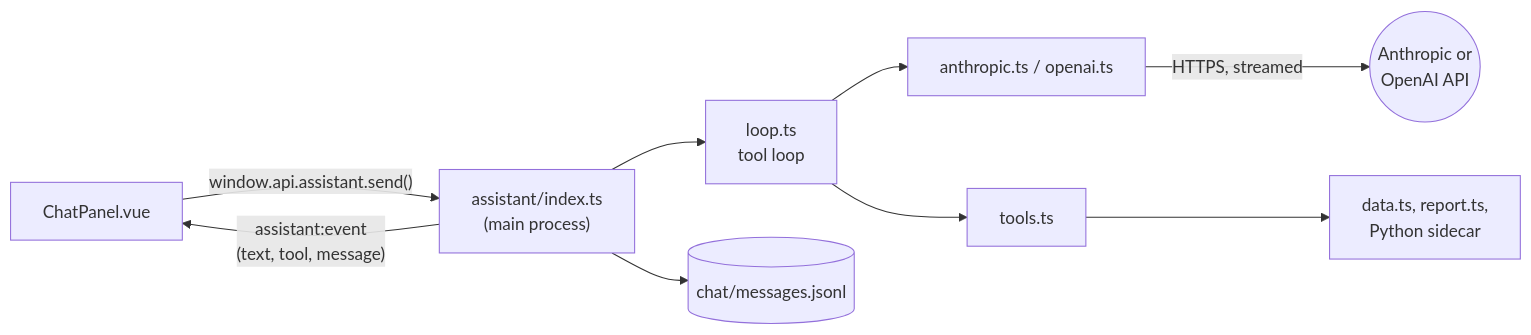
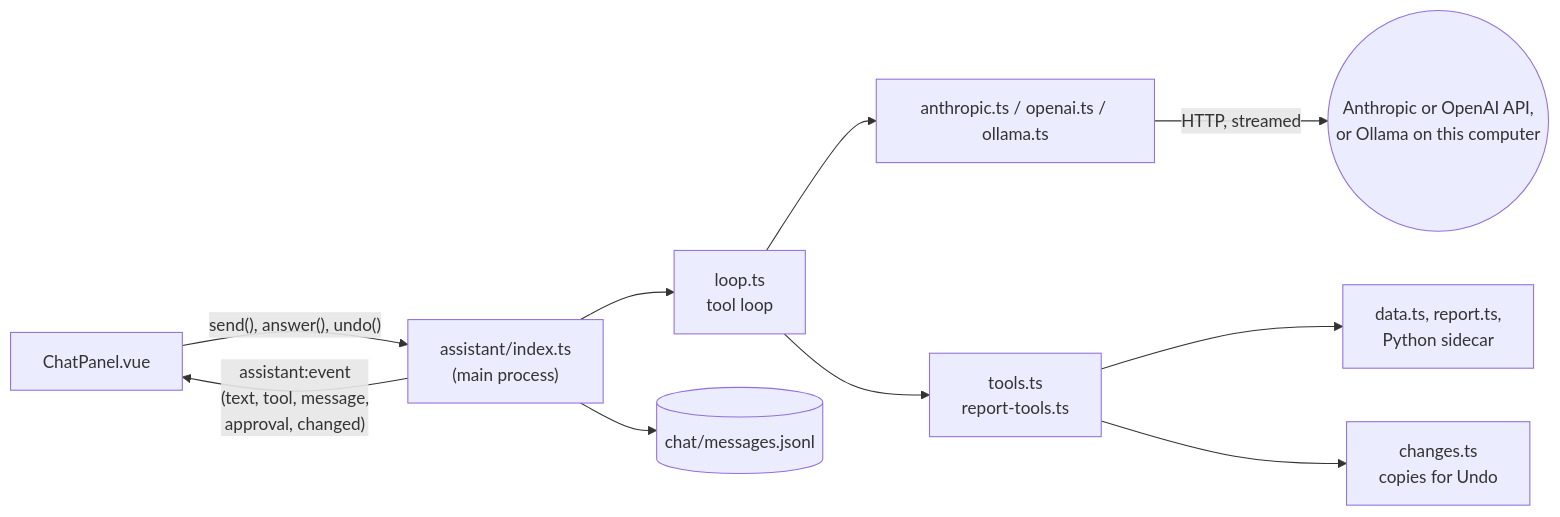
Before and after one commit to Elliot11/pawpawbi: the diagram in docs/assistant.md, drawn with Mermaid. The commit also changed other lines of this file and 32 other files, not shown here.

````diff
--- a/docs/assistant.md
+++ b/docs/assistant.md
@@ -9,11 +9,12 @@
 ```mermaid
 flowchart LR
-  C["ChatPanel.vue"] -- "window.api.assistant.send()" --> I["assistant/index.ts<br/>(main process)"]
-  I -- "assistant:event<br/>(text, tool, message)" --> C
+  C["ChatPanel.vue"] -- "send(), answer(), undo()" --> I["assistant/index.ts<br/>(main process)"]
+  I -- "assistant:event<br/>(text, tool, message,<br/>approval, changed)" --> C
   I --> L["loop.ts<br/>tool loop"]
-  L --> P["anthropic.ts / openai.ts"]
-  P -- "HTTPS, streamed" --> API(("Anthropic or<br/>OpenAI API"))
-  L --> T["tools.ts"]
+  L --> P["anthropic.ts / openai.ts / ollama.ts"]
+  P -- "HTTP, streamed" --> API(("Anthropic or OpenAI API,<br/>or Ollama on this computer"))
+  L --> T["tools.ts<br/>report-tools.ts"]
   T --> D["data.ts, report.ts,<br/>Python sidecar"]
+  T --> U["changes.ts<br/>copies for Undo"]
   I --> F[("chat/messages.jsonl")]
 ```
````
